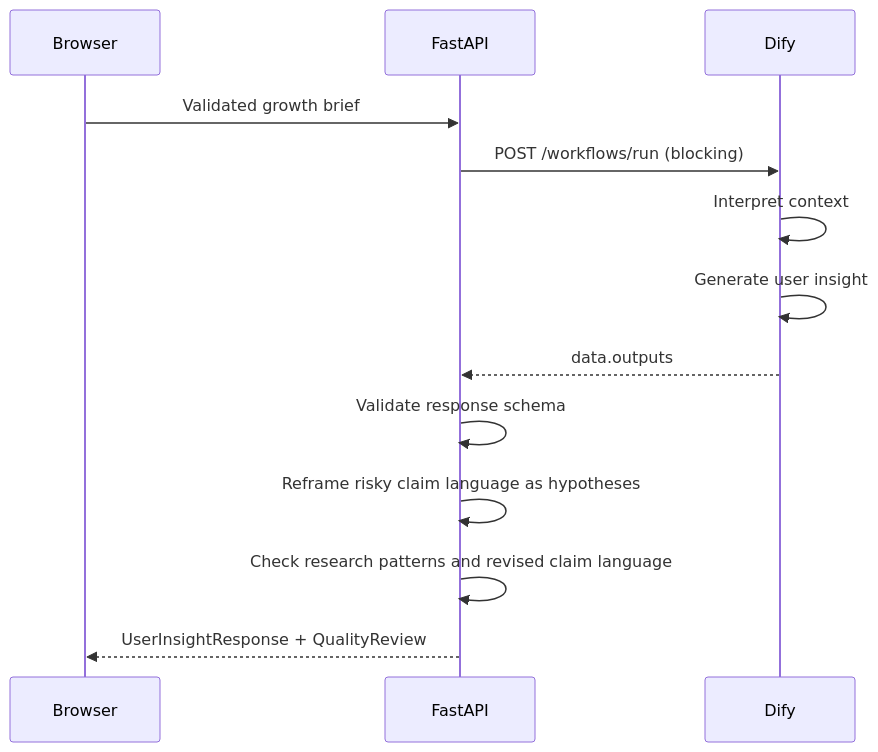
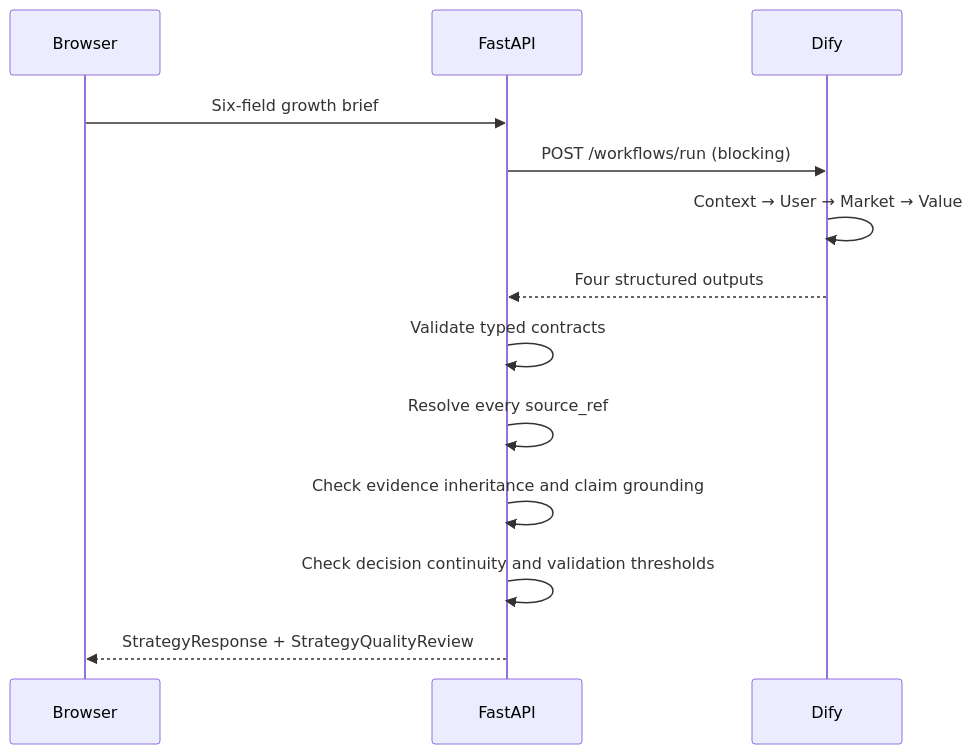
Before and after one commit to ftw10181-oss/ai-growth-agent: the second of 2 diagrams in docs/architecture.md, drawn with Mermaid. The commit also changed other lines of this file and 32 other files, not shown here.

````diff
--- a/docs/architecture.md
+++ b/docs/architecture.md
@@ -55,15 +62,15 @@
 ```mermaid
 sequenceDiagram
     participant UI as Browser
     participant API as FastAPI
     participant DF as Dify
-    UI->>API: Validated growth brief
+    UI->>API: Six-field growth brief
     API->>DF: POST /workflows/run (blocking)
-    DF->>DF: Interpret context
-    DF->>DF: Generate user insight
-    DF-->>API: data.outputs
-    API->>API: Validate response schema
-    API->>API: Reframe risky claim language as hypotheses
-    API->>API: Check research patterns and revised claim language
-    API-->>UI: UserInsightResponse + QualityReview
+    DF->>DF: Context → User → Market → Value
+    DF-->>API: Four structured outputs
+    API->>API: Validate typed contracts
+    API->>API: Resolve every source_ref
+    API->>API: Check evidence inheritance and claim grounding
+    API->>API: Check decision continuity and validation thresholds
+    API-->>UI: StrategyResponse + StrategyQualityReview
 ```
````
